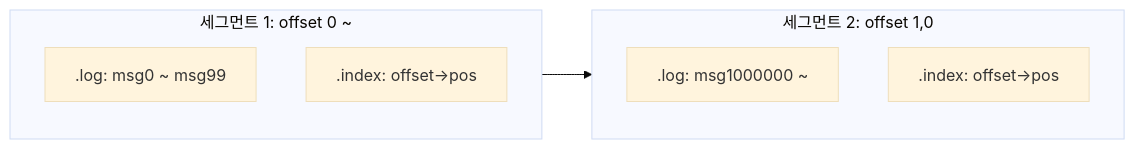
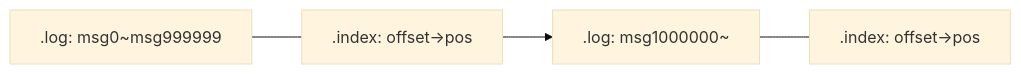
Before and after one commit to yjkim2015/yjkim2015.github.io: the tenth of 17 diagrams in _posts/kafka/2026-05-01-kafka-fundamentals.md, drawn with Mermaid (base theme). The commit also changed other lines of this file and 155 other files, not shown here.

First line of the commit message:
Mermaid 전면 수정: subgraph 제거, participant/노드/줄수 축소 (342블록)

````diff
--- a/_posts/kafka/2026-05-01-kafka-fundamentals.md
+++ b/_posts/kafka/2026-05-01-kafka-fundamentals.md
@@ -374,12 +349,6 @@
 ```mermaid
 graph LR
-    subgraph seg1["세그먼트 1: offset 0 ~"]
-        S1LOG[".log: msg0 ~ msg99"]
-        S1IDX[".index: offset→pos"]
-    end
-    subgraph seg2["세그먼트 2: offset 1,0"]
-        S2LOG[".log: msg1000000 ~"]
-        S2IDX[".index: offset→pos"]
-    end
-    seg1 --> seg2
+    S1LOG[".log: msg0~msg999999"] --- S1IDX[".index: offset→pos"]
+    S2LOG[".log: msg1000000~"] --- S2IDX[".index: offset→pos"]
+    S1IDX --> S2LOG
 ```
````
